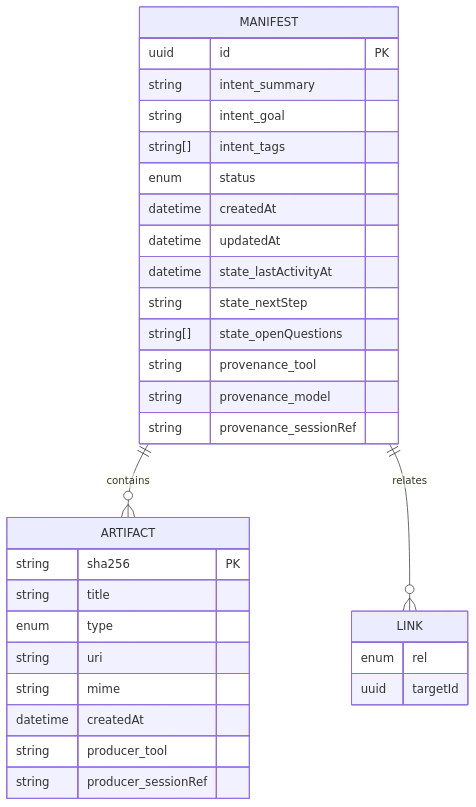
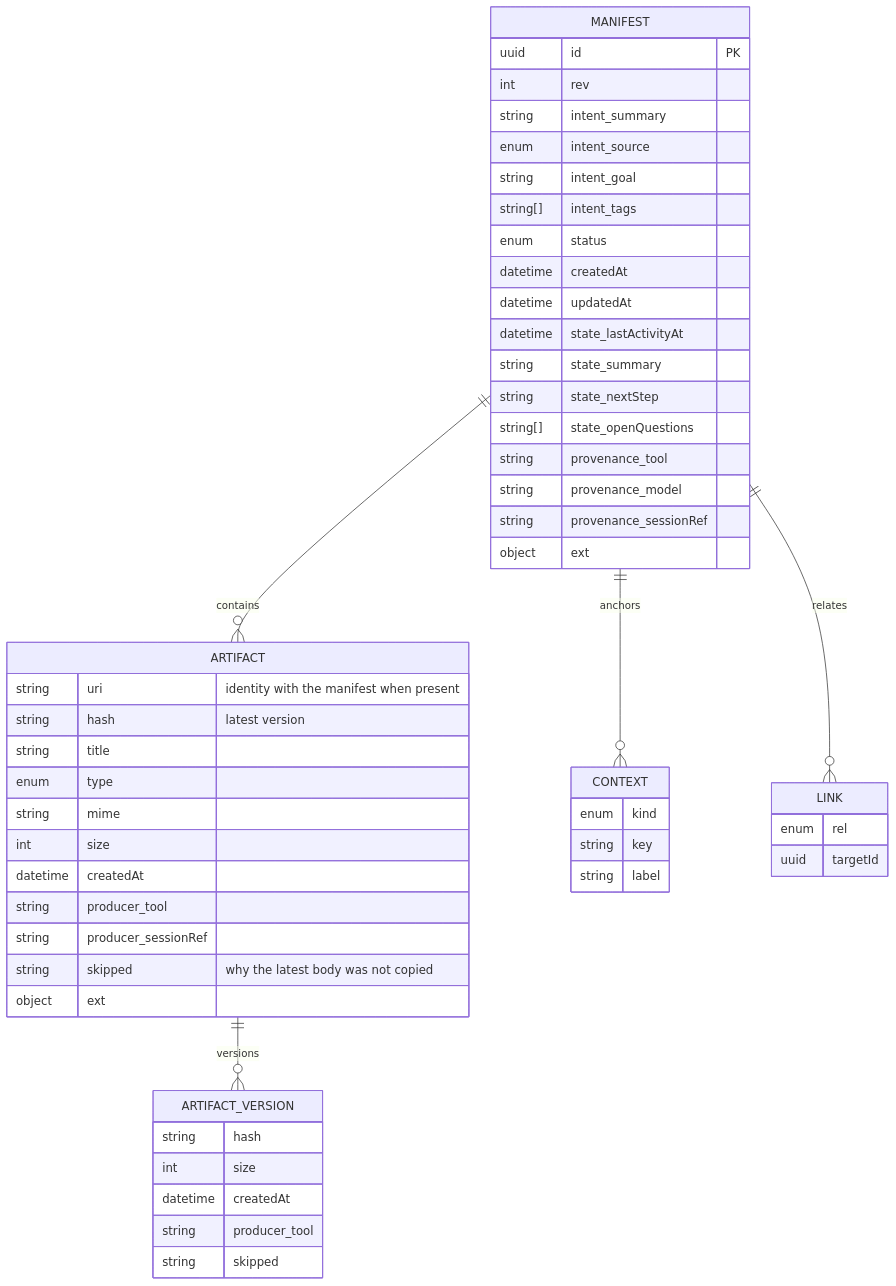
The sixth of 7 diagrams in docs/03-ARCHITECTURE.md (calebtonn/coal), drawn with Mermaid before and after one commit. The commit also changed other lines of this file and 13 other files, not shown here.

````diff
--- a/docs/03-ARCHITECTURE.md
+++ b/docs/03-ARCHITECTURE.md
@@ -123,34 +173,55 @@
 ```mermaid
 erDiagram
     MANIFEST ||--o{ ARTIFACT : contains
+    MANIFEST ||--o{ CONTEXT : anchors
     MANIFEST ||--o{ LINK : relates
+    ARTIFACT ||--o{ ARTIFACT_VERSION : versions
     MANIFEST {
         uuid id PK
+        int rev
         string intent_summary
+        enum intent_source
         string intent_goal
         string[] intent_tags
         enum status
         datetime createdAt
         datetime updatedAt
         datetime state_lastActivityAt
+        string state_summary
         string state_nextStep
         string[] state_openQuestions
         string provenance_tool
         string provenance_model
         string provenance_sessionRef
+        object ext
     }
     ARTIFACT {
-        string sha256 PK
+        string uri "identity with the manifest when present"
+        string hash "latest version"
         string title
         enum type
-        string uri
         string mime
+        int size
         datetime createdAt
         string producer_tool
         string producer_sessionRef
+        string skipped "why the latest body was not copied"
+        object ext
+    }
+    ARTIFACT_VERSION {
+        string hash
+        int size
+        datetime createdAt
+        string producer_tool
+        string skipped
+    }
+    CONTEXT {
+        enum kind
+        string key
+        string label
     }
     LINK {
         enum rel
         uuid targetId
     }
 ```
````
